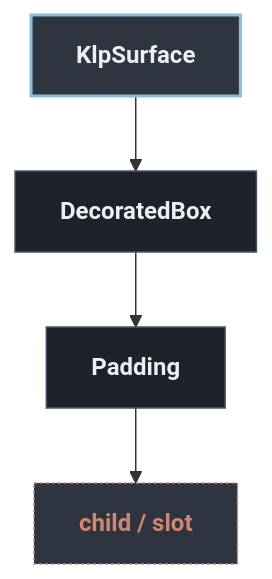
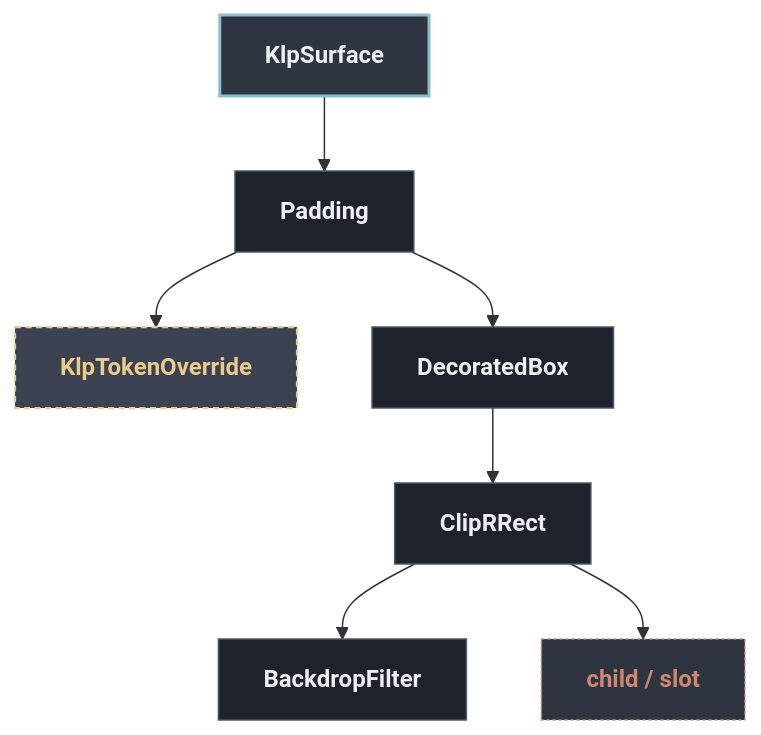
One commit to MiuDog/Kallopis changed the diagram in docs/architecture/components/surface/klp_surface.md. Above: the diagram before and after it, drawn with Mermaid. The commit also changed other lines of this file and 123 other files, not shown here.

First line of the commit message:
docs(architecture): regenerate per-component trees, unbreak the generator

````diff
--- a/docs/architecture/components/surface/klp_surface.md
+++ b/docs/architecture/components/surface/klp_surface.md
@@ -13,16 +13,22 @@
 ```mermaid
 flowchart TD
   classDef default fill:#1E222B,stroke:#4C566A,stroke-width:1px,color:#ECEFF4;
   classDef root fill:#2E3440,stroke:#88C0D0,stroke-width:2px,color:#ECEFF4,font-weight:bold;
   classDef reference fill:#3B4252,stroke:#EBCB8B,stroke-width:1.5px,stroke-dasharray: 4 3,color:#EBCB8B;
   classDef container fill:#2E3440,stroke:#A3BE8C,stroke-width:1.5px,color:#A3BE8C;
   classDef slot fill:#2E3440,stroke:#D08770,stroke-width:1px,stroke-dasharray: 2 2,color:#D08770;
 
   root["KlpSurface"]:::root
-  n1["DecoratedBox"]
+  n1["Padding"]
   root --> n1
-  n2["Padding"]
+  n2["KlpTokenOverride"]:::reference
   n1 --> n2
-  n3["child / slot"]:::slot
-  n2 --> n3
+  n3["DecoratedBox"]
+  n1 --> n3
+  n4["ClipRRect"]
+  n3 --> n4
+  n5["BackdropFilter"]
+  n4 --> n5
+  n6["child / slot"]:::slot
+  n4 --> n6
 ```
````
